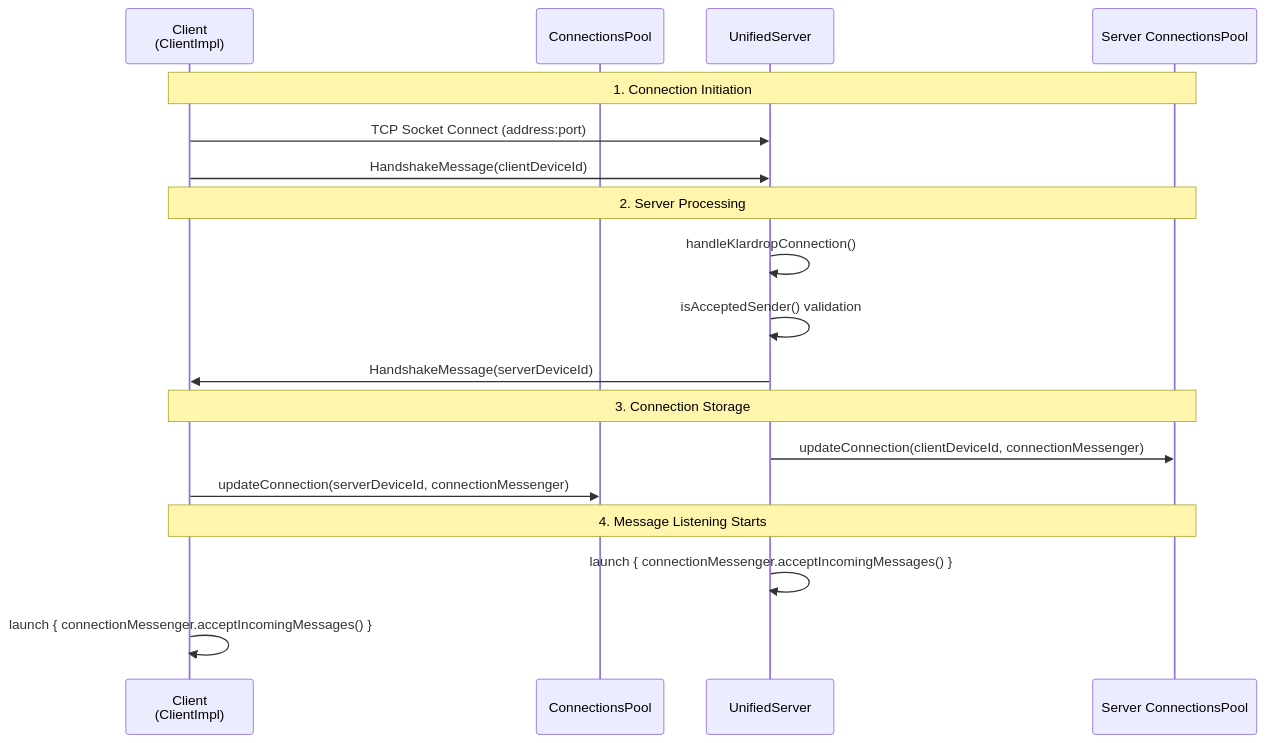
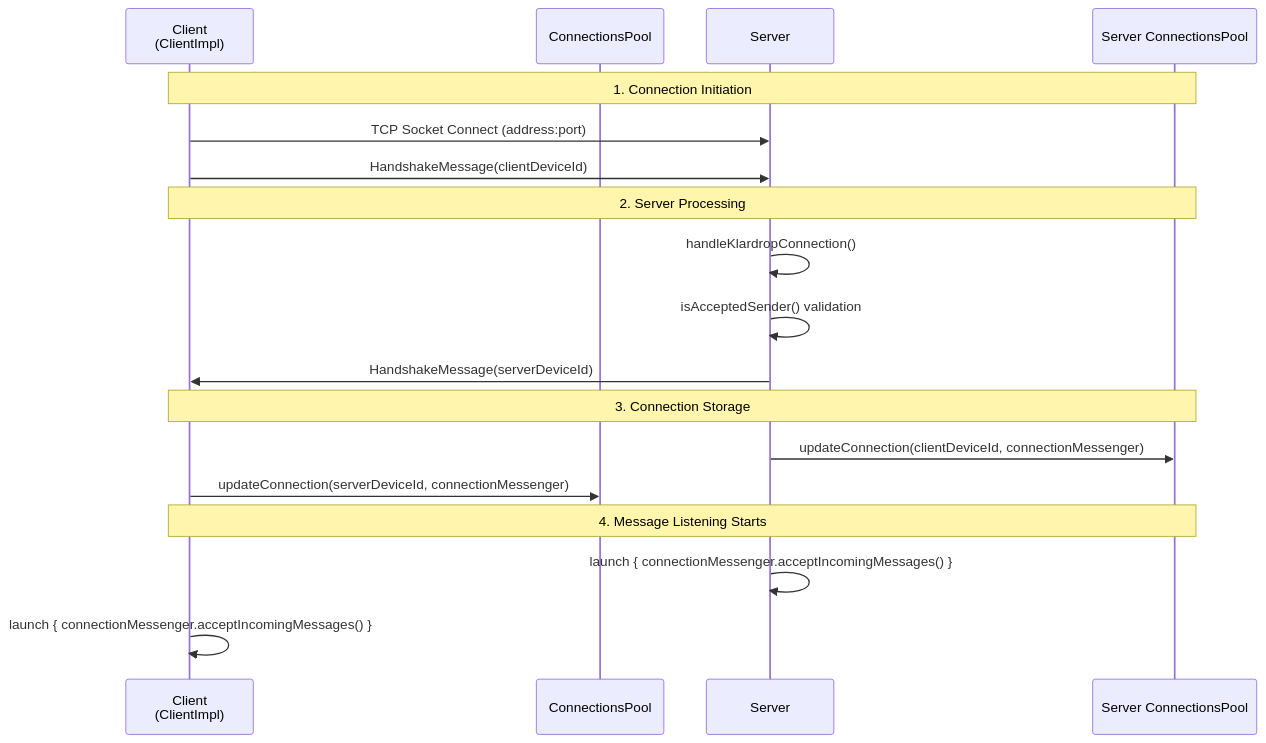
One commit to carlonzo/klardrop changed the first of 3 diagrams in KLARDROP_PROTOCOL.md. Above: the diagram before and after it, drawn with Mermaid. The commit also changed other lines of this file and 56 other files, not shown here.

````diff
--- a/KLARDROP_PROTOCOL.md
+++ b/KLARDROP_PROTOCOL.md
@@ -88,24 +88,24 @@
 ```mermaid
 sequenceDiagram
     participant Client as Client<br/>(ClientImpl)
     participant CPool as ConnectionsPool
-    participant Server as UnifiedServer
+    participant Server as Server
     participant SPool as Server ConnectionsPool
     
     Note over Client,SPool: 1. Connection Initiation
     Client->>Server: TCP Socket Connect (address:port)
     Client->>Server: HandshakeMessage(clientDeviceId)
     
     Note over Client,SPool: 2. Server Processing
     Server->>Server: handleKlardropConnection()
     Server->>Server: isAcceptedSender() validation
     Server->>Client: HandshakeMessage(serverDeviceId)
     
     Note over Client,SPool: 3. Connection Storage
     Server->>SPool: updateConnection(clientDeviceId, connectionMessenger)
     Client->>CPool: updateConnection(serverDeviceId, connectionMessenger)
     
     Note over Client,SPool: 4. Message Listening Starts
     Server->>Server: launch { connectionMessenger.acceptIncomingMessages() }
     Client->>Client: launch { connectionMessenger.acceptIncomingMessages() }
 ```
````
